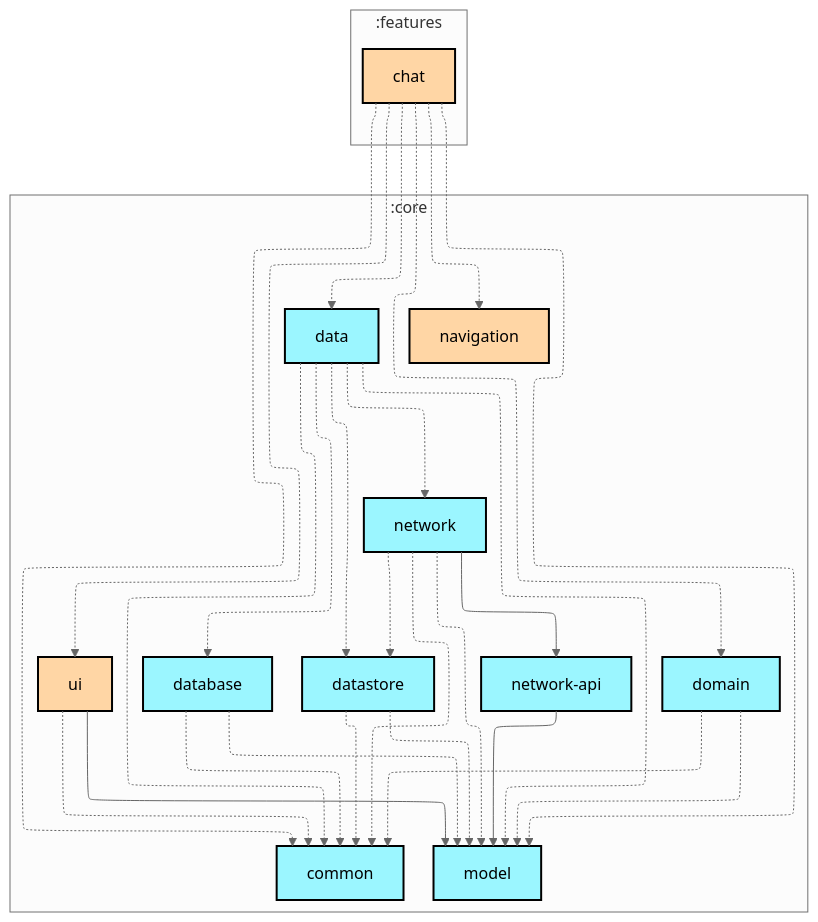
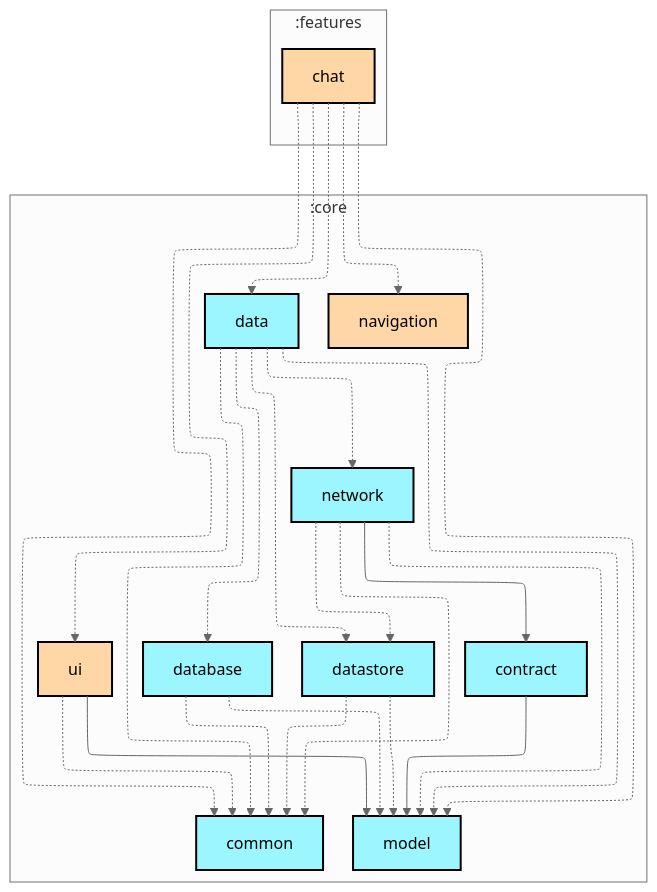
Before and after one commit to woods-marshes/chat-multiplatform: the first of 2 diagrams in features/chat/README.md, drawn with Mermaid (neutral theme). The commit also changed 58 other files, not shown here.

Commit message:
build: rename core:network-api module to core:contract

````diff
--- a/features/chat/README.md
+++ b/features/chat/README.md
@@ -6,58 +6,54 @@
 ```mermaid
 ---
 config:
   layout: elk
   elk:
     nodePlacementStrategy: SIMPLE
 ---
 graph TB
   subgraph :features
     direction TB
     :features:chat[chat]:::compose-multiplatform
   end
   subgraph :core
     direction TB
     :core:common[common]:::kotlin-multiplatform
+    :core:contract[contract]:::kotlin-multiplatform
     :core:data[data]:::kotlin-multiplatform
     :core:database[database]:::kotlin-multiplatform
     :core:datastore[datastore]:::kotlin-multiplatform
-    :core:domain[domain]:::kotlin-multiplatform
     :core:model[model]:::kotlin-multiplatform
     :core:navigation[navigation]:::compose-multiplatform
     :core:network[network]:::kotlin-multiplatform
-    :core:network-api[network-api]:::kotlin-multiplatform
     :core:ui[ui]:::compose-multiplatform
   end
 
+  :core:contract --> :core:model
   :core:data -.-> :core:common
   :core:data -.-> :core:database
   :core:data -.-> :core:datastore
   :core:data -.-> :core:model
   :core:data -.-> :core:network
   :core:database -.-> :core:common
   :core:database -.-> :core:model
   :core:datastore -.-> :core:common
   :core:datastore -.-> :core:model
-  :core:domain -.-> :core:common
-  :core:domain -.-> :core:model
   :core:network -.-> :core:common
+  :core:network --> :core:contract
   :core:network -.-> :core:datastore
   :core:network -.-> :core:model
-  :core:network --> :core:network-api
-  :core:network-api --> :core:model
   :core:ui -.-> :core:common
   :core:ui --> :core:model
   :features:chat -.-> :core:common
   :features:chat -.-> :core:data
-  :features:chat -.-> :core:domain
   :features:chat -.-> :core:model
   :features:chat -.-> :core:navigation
   :features:chat -.-> :core:ui
 
 classDef android-application fill:#CAFFBF,stroke:#000,stroke-width:2px,color:#000;
 classDef desktop-application fill:#BDB2FF,stroke:#000,stroke-width:2px,color:#000;
 classDef compose-multiplatform fill:#FFD6A5,stroke:#000,stroke-width:2px,color:#000;
 classDef ktor-server fill:#FDFFB6,stroke:#000,stroke-width:2px,color:#000;
 classDef kotlin-multiplatform fill:#9BF6FF,stroke:#000,stroke-width:2px,color:#000;
 classDef unknown fill:#FFADAD,stroke:#000,stroke-width:2px,color:#000;
 ```
````
